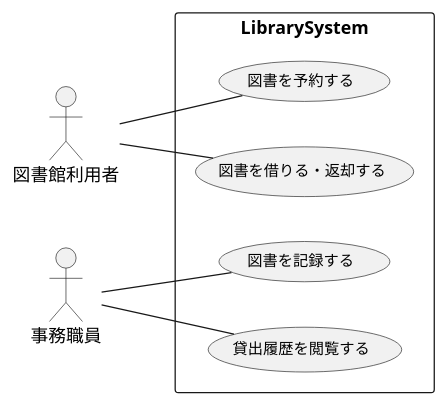
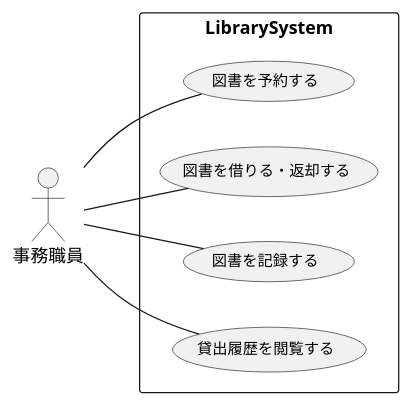
Before and after one commit to ghbuser12/ohara_uml: the diagram in kouka_library/usecase.pu, drawn with PlantUML.

Commit message:
変更

```diff
--- a/kouka_library/usecase.pu
+++ b/kouka_library/usecase.pu
@@ -1,23 +1,22 @@
 @startuml usecase_library
 left to right direction
 skinparam usecase {
   FontSize 12
 }
 
-actor 図書館利用者 as User
 actor 事務職員 as staff
 
 rectangle "LibrarySystem" {
   usecase UC01 as "図書を予約する"
   usecase UC02 as "図書を借りる・返却する"
   usecase UC03 as "図書を記録する"
   usecase UC04 as "貸出履歴を閲覧する"
 }
 
-User -- UC01
-User -- UC02
+staff -- UC01
+staff -- UC02
 
 staff -- UC03
 staff -- UC04
 
 @enduml
```
